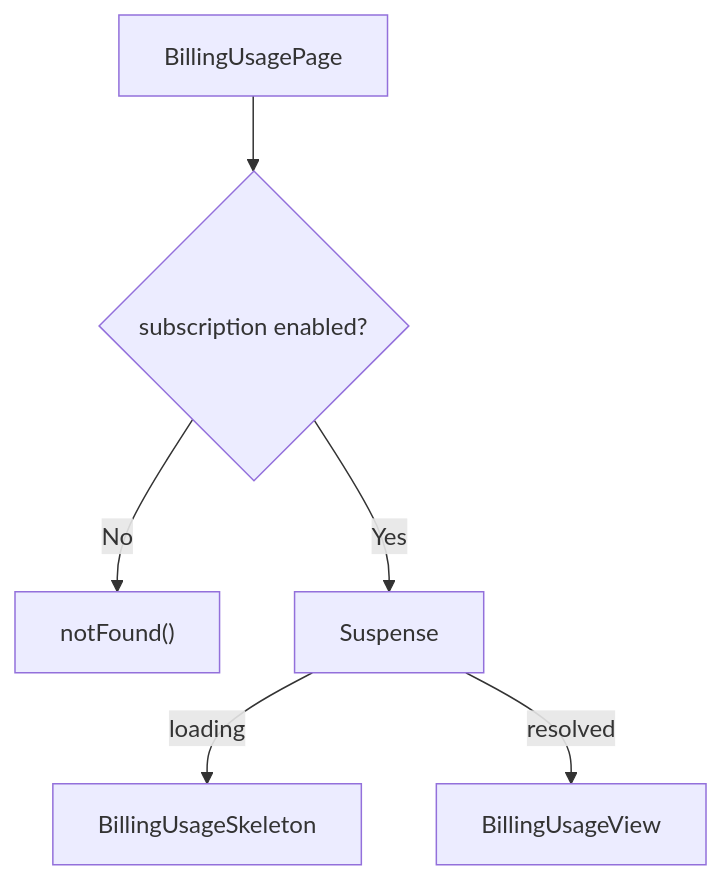
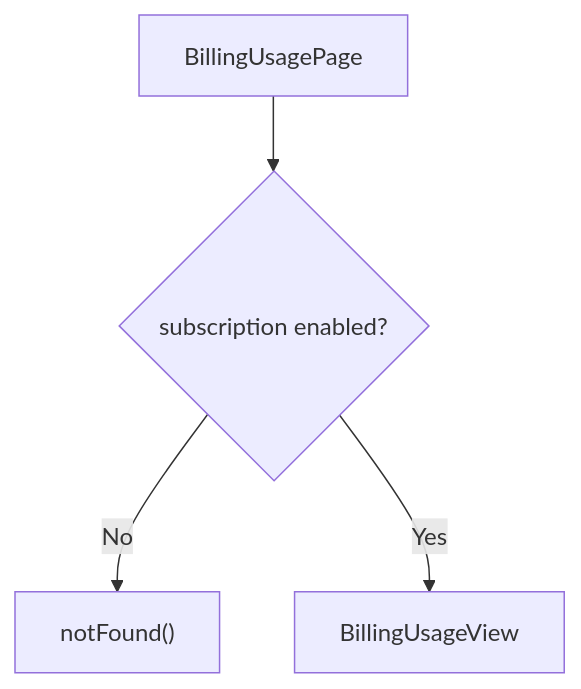
One commit to flamingo-stack/openframe-oss-frontend changed the diagram in apps/web/src/app/(app)/settings/billing-usage/.page.md. Above: the diagram before and after it, drawn with Mermaid. The commit also changed other lines of this file and 216 other files, not shown here.

````diff
--- a/apps/web/src/app/(app)/settings/billing-usage/.page.md
+++ b/apps/web/src/app/(app)/settings/billing-usage/.page.md
@@ -29,8 +28,6 @@
 ```mermaid
 graph TD
     A["BillingUsagePage"] --> B{"subscription enabled?"}
     B -->|No| C["notFound()"]
-    B -->|Yes| D["Suspense"]
-    D -->|loading| E["BillingUsageSkeleton"]
-    D -->|resolved| F["BillingUsageView"]
+    B -->|Yes| F["BillingUsageView"]
 ```
````
